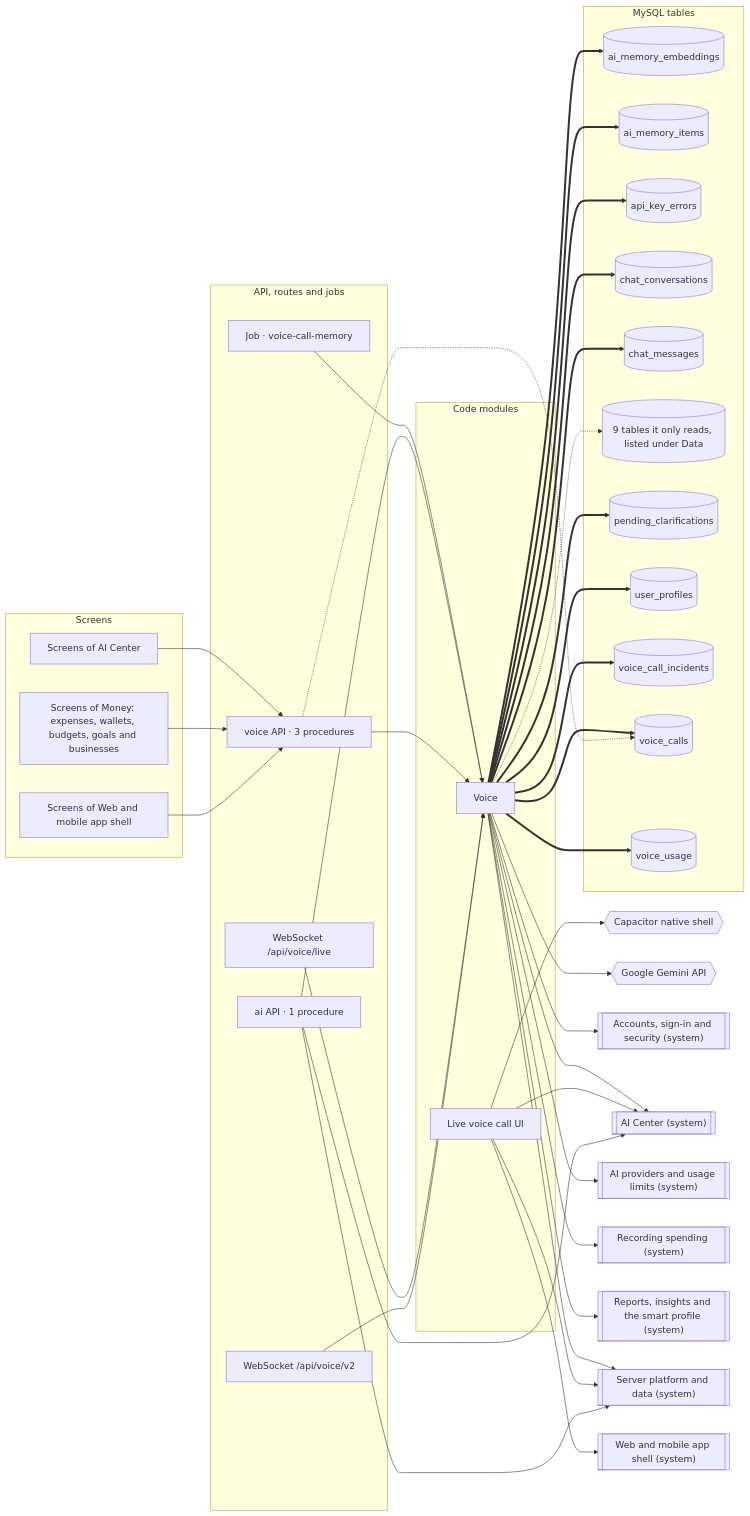
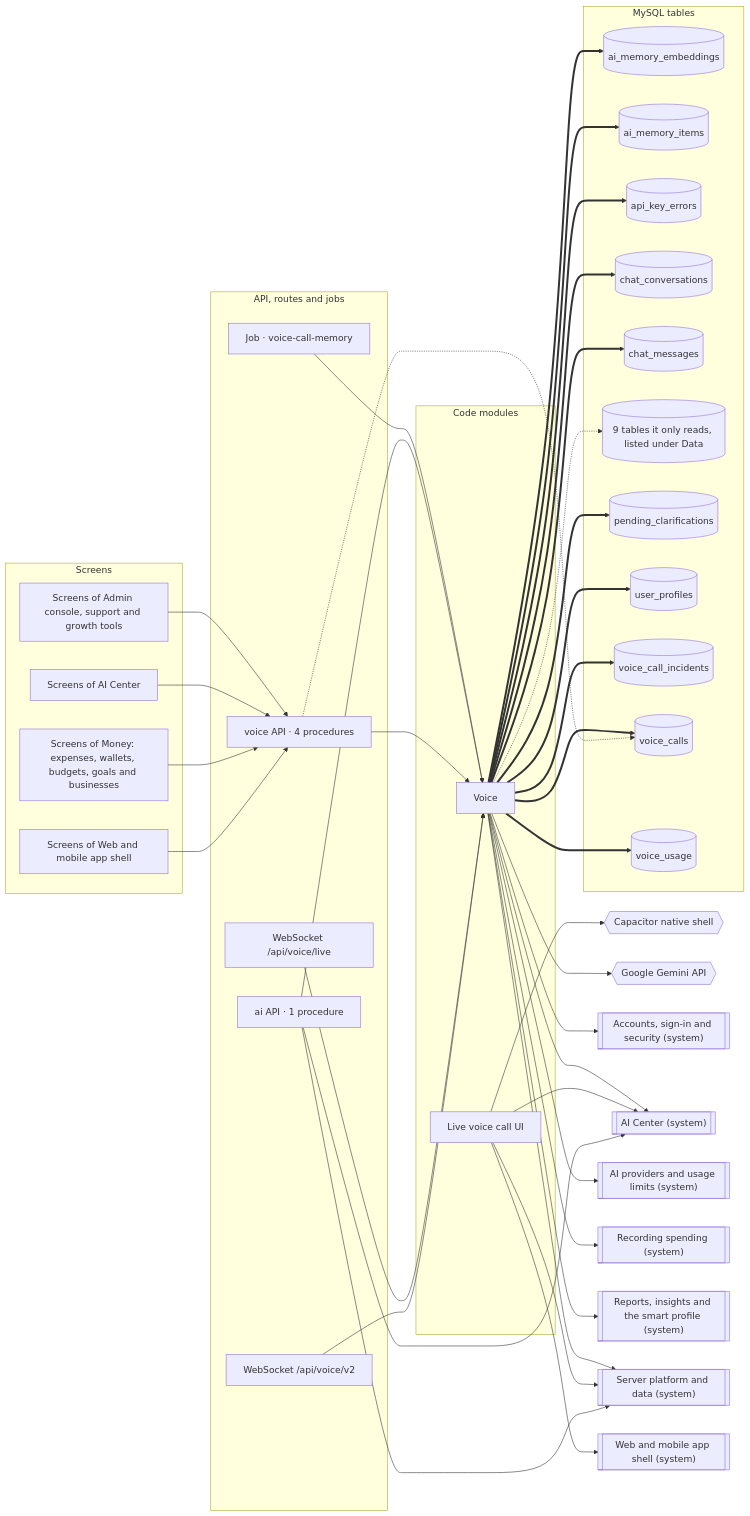
One commit to mahmoudtaherr111/smartspend_mini_all changed the diagram in docs/atlas/systems/voice-calls.md. Above: the diagram before and after it, drawn with Mermaid. The commit also changed other lines of this file and 29 other files, not shown here.

````diff
--- a/docs/atlas/systems/voice-calls.md
+++ b/docs/atlas/systems/voice-calls.md
@@ -13,74 +13,76 @@
 ```mermaid
 flowchart LR
   subgraph g_screens["Screens"]
+    screens_admin["Screens of Admin console, support and growth tools"]
     screens_ai_center["Screens of AI Center"]
     screens_money["Screens of Money: expenses, wallets, budgets, goals and businesses"]
     screens_web_app["Screens of Web and mobile app shell"]
   end
   subgraph g_api["API, routes and jobs"]
     job_voice_call_memory["Job · voice-call-memory"]
     router_ai["ai API · 1 procedure"]
-    router_voice["voice API · 3 procedures"]
+    router_voice["voice API · 4 procedures"]
     ws__api_voice_live["WebSocket /api/voice/live"]
     ws__api_voice_v2["WebSocket /api/voice/v2"]
   end
   subgraph g_modules["Code modules"]
     mod_voice["Voice"]
     mod_web_voice_call["Live voice call UI"]
   end
   subgraph g_tables["MySQL tables"]
     tbl_ai_memory_embeddings[("ai_memory_embeddings")]
     tbl_ai_memory_items[("ai_memory_items")]
     tbl_api_key_errors[("api_key_errors")]
     tbl_chat_conversations[("chat_conversations")]
     tbl_chat_messages[("chat_messages")]
     tbl_more[("9 tables it only reads, listed under Data")]
     tbl_pending_clarifications[("pending_clarifications")]
     tbl_user_profiles[("user_profiles")]
     tbl_voice_call_incidents[("voice_call_incidents")]
     tbl_voice_calls[("voice_calls")]
     tbl_voice_usage[("voice_usage")]
   end
   ext_capacitor{{"Capacitor native shell"}}
   ext_gemini{{"Google Gemini API"}}
   sys_accounts[["Accounts, sign-in and security (system)"]]
   sys_ai_center[["AI Center (system)"]]
   sys_ai_platform[["AI providers and usage limits (system)"]]
   sys_expense_capture[["Recording spending (system)"]]
   sys_insights[["Reports, insights and the smart profile (system)"]]
   sys_platform[["Server platform and data (system)"]]
   sys_web_app[["Web and mobile app shell (system)"]]
   job_voice_call_memory --> mod_voice
   mod_voice --> ext_gemini
   mod_voice --> sys_accounts
   mod_voice --> sys_ai_center
   mod_voice --> sys_ai_platform
   mod_voice --> sys_expense_capture
   mod_voice --> sys_insights
   mod_voice --> sys_platform
   mod_voice -.-> tbl_more
   mod_voice ==> tbl_ai_memory_embeddings
   mod_voice ==> tbl_ai_memory_items
   mod_voice ==> tbl_api_key_errors
   mod_voice ==> tbl_chat_conversations
   mod_voice ==> tbl_chat_messages
   mod_voice ==> tbl_pending_clarifications
   mod_voice ==> tbl_user_profiles
   mod_voice ==> tbl_voice_call_incidents
   mod_voice ==> tbl_voice_calls
   mod_voice ==> tbl_voice_usage
   mod_web_voice_call --> ext_capacitor
   mod_web_voice_call --> sys_ai_center
   mod_web_voice_call --> sys_platform
   mod_web_voice_call --> sys_web_app
   router_ai --> mod_voice
   router_ai --> sys_ai_center
   router_ai --> sys_platform
   router_voice --> mod_voice
   router_voice -.-> tbl_voice_calls
+  screens_admin --> router_voice
   screens_ai_center --> router_voice
   screens_money --> router_voice
   screens_web_app --> router_voice
   ws__api_voice_live --> mod_voice
   ws__api_voice_v2 --> mod_voice
 ```
````
